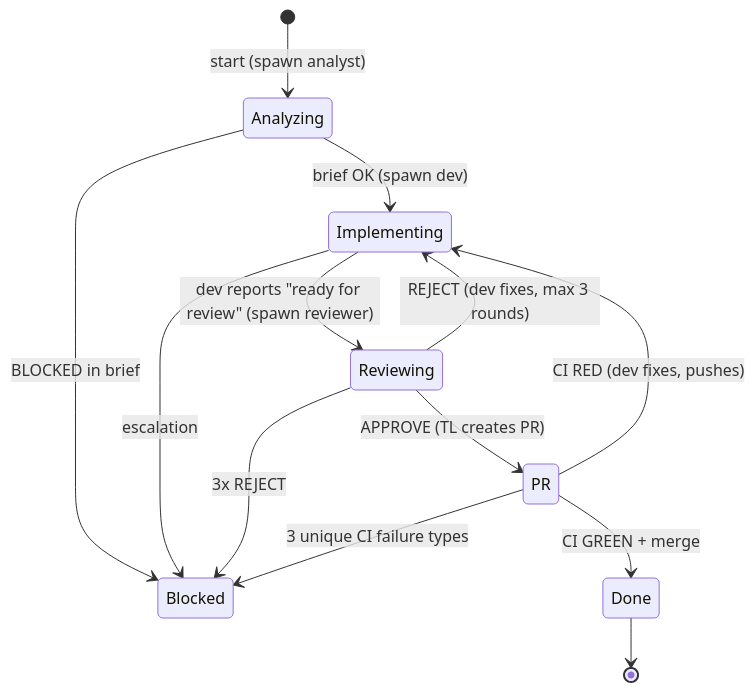
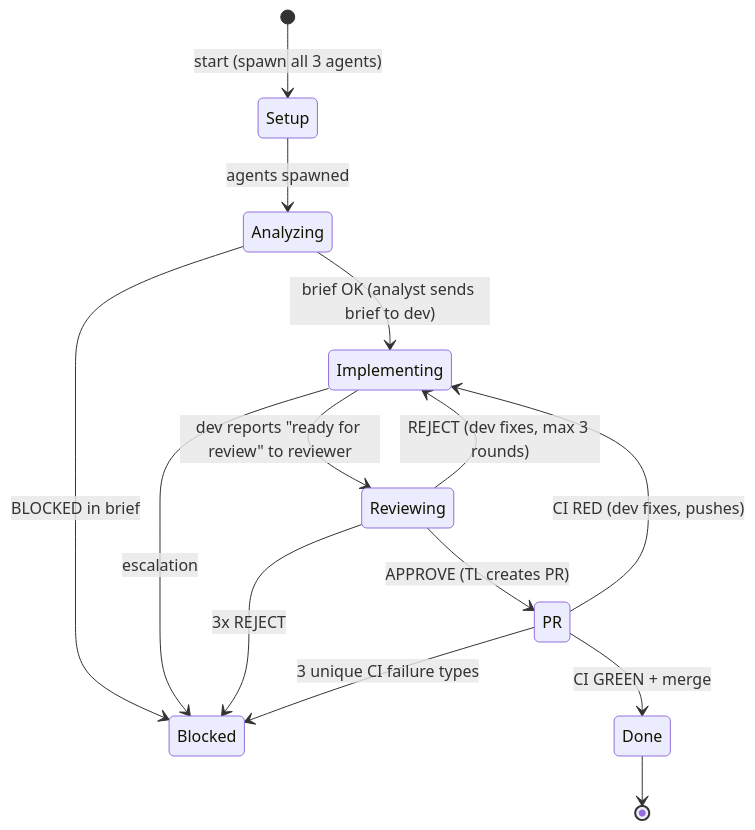
Before and after one commit to hubertciebiada/fleet-commander: the diagram in templates/workflow.md, drawn with Mermaid. The commit also changed other lines of this file and 5 other files, not shown here.

First line of the commit message:
Issue #173: Diamond team spawns all 3 agents upfront — parallel from the start (#177)

````diff
--- a/templates/workflow.md
+++ b/templates/workflow.md
@@ -70,15 +74,16 @@
 ```mermaid
 stateDiagram-v2
-    [*] --> Analyzing : start (spawn analyst)
-    Analyzing --> Implementing : brief OK (spawn dev)
+    [*] --> Setup : start (spawn all 3 agents)
+    Setup --> Analyzing : agents spawned
+    Analyzing --> Implementing : brief OK (analyst sends brief to dev)
     Analyzing --> Blocked : BLOCKED in brief
-    Implementing --> Reviewing : dev reports "ready for review" (spawn reviewer)
+    Implementing --> Reviewing : dev reports "ready for review" to reviewer
     Reviewing --> Implementing : REJECT (dev fixes, max 3 rounds)
     Reviewing --> PR : APPROVE (TL creates PR)
     PR --> Done : CI GREEN + merge
     PR --> Implementing : CI RED (dev fixes, pushes)
     Implementing --> Blocked : escalation
     Reviewing --> Blocked : 3x REJECT
     PR --> Blocked : 3 unique CI failure types
     Done --> [*]
 ```
````
